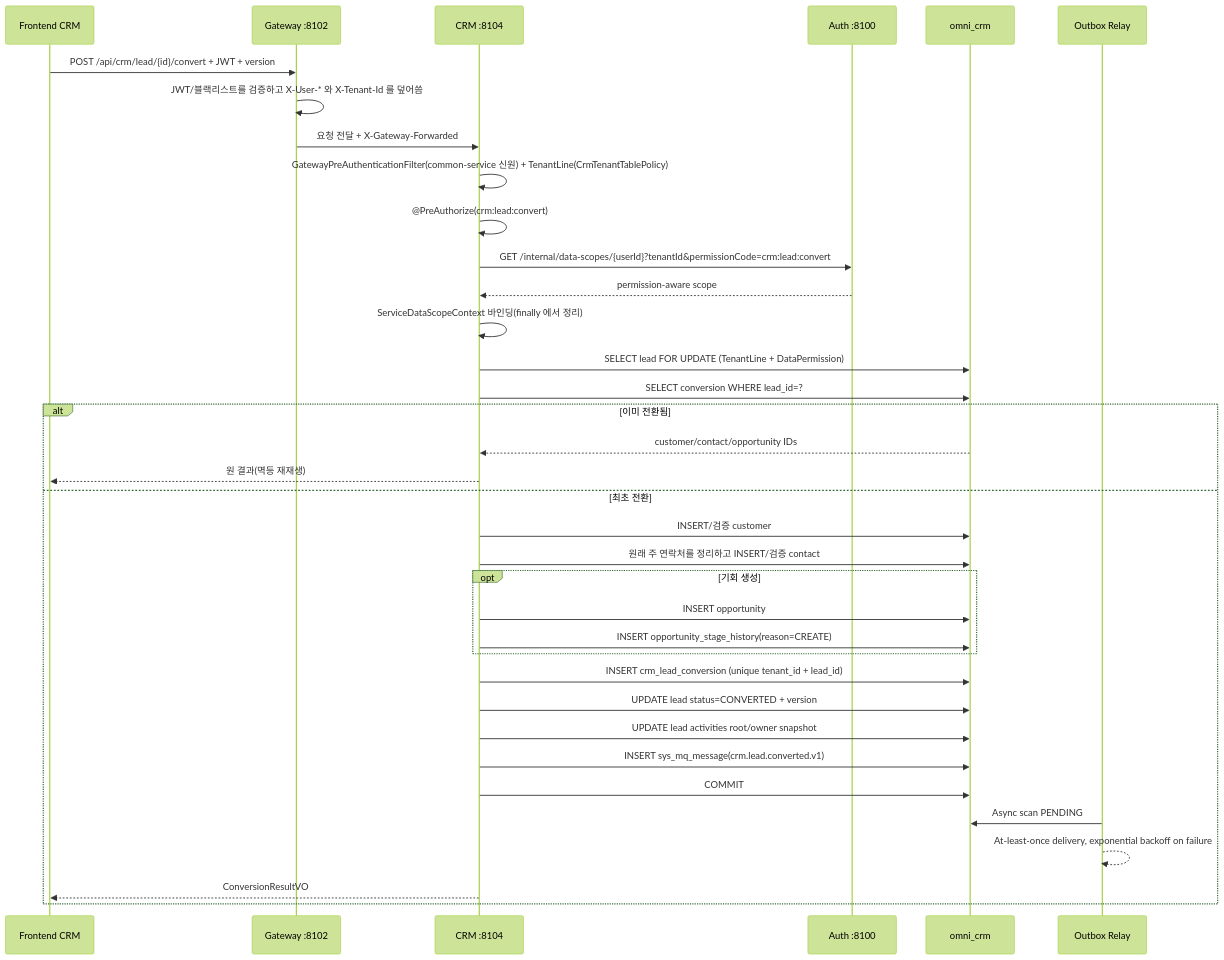
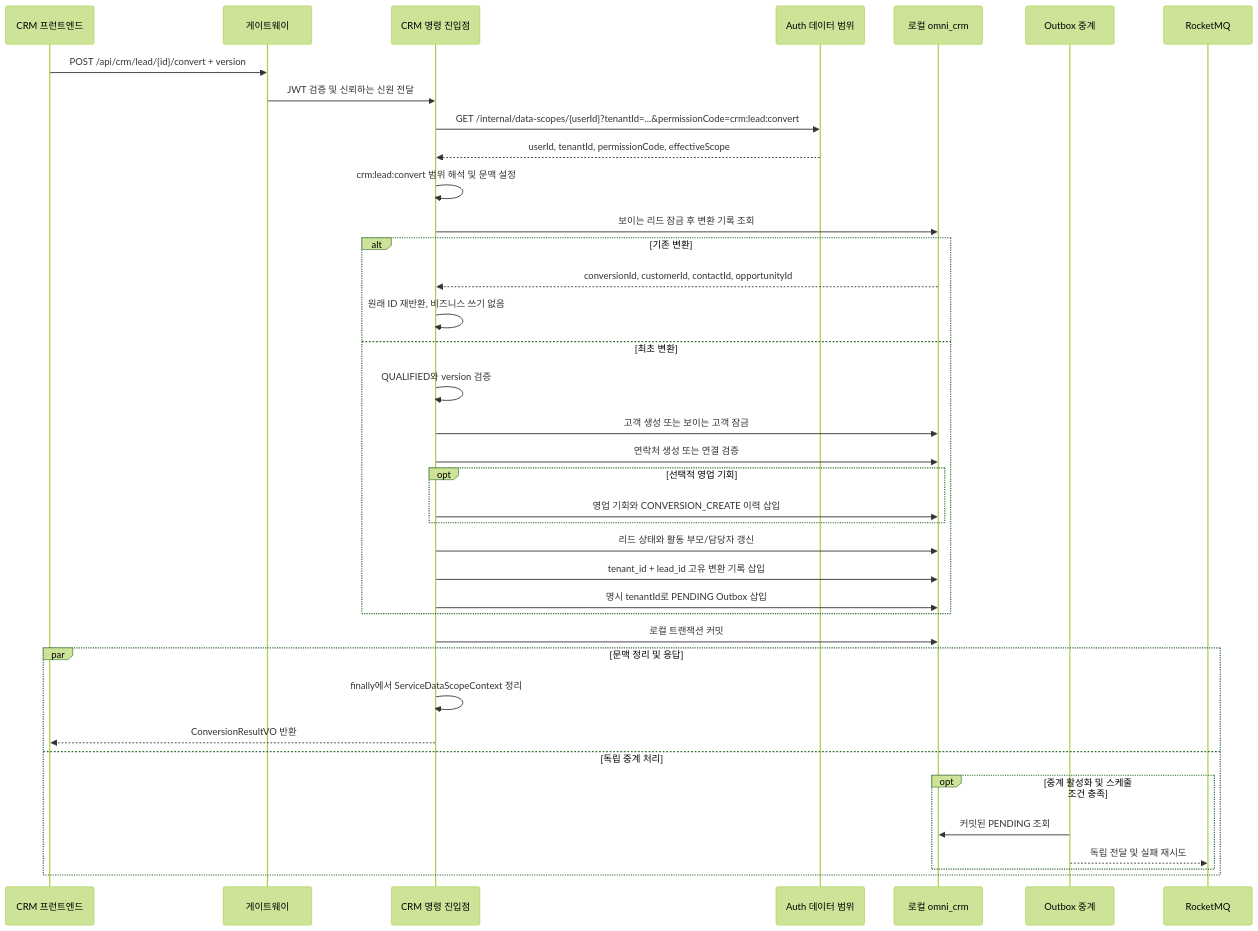
Diagram 14 of 21 in docs/core-flows.kr.md (wang-baohai/Omni-Stack), drawn with Mermaid (forest theme) before and after one commit. The commit also changed other lines of this file and 1095 other files, not shown here.

````diff
--- a/docs/core-flows.kr.md
+++ b/docs/core-flows.kr.md
@@ -1518,39 +1230,40 @@
 ```mermaid
 sequenceDiagram
-    participant F as Frontend CRM
-    participant G as Gateway :8102
-    participant C as CRM :8104
-    participant A as Auth :8100
-    participant DB as omni_crm
-    participant MQ as Outbox Relay
-
-    F->>G: POST /api/crm/lead/{id}/convert + JWT + version
-    G->>G: JWT/블랙리스트를 검증하고 X-User-* 와 X-Tenant-Id 를 덮어씀
-    G->>C: 요청 전달 + X-Gateway-Forwarded
-    C->>C: GatewayPreAuthenticationFilter(common-service 신원) + TenantLine(CrmTenantTablePolicy)
-    C->>C: @PreAuthorize(crm:lead:convert)
-    C->>A: GET /internal/data-scopes/{userId}?tenantId&permissionCode=crm:lead:convert
-    A-->>C: permission-aware scope
-    C->>C: ServiceDataScopeContext 바인딩(finally 에서 정리)
-    C->>DB: SELECT lead FOR UPDATE (TenantLine + DataPermission)
-    C->>DB: SELECT conversion WHERE lead_id=?
-    alt 이미 전환됨
-        DB-->>C: customer/contact/opportunity IDs
-        C-->>F: 원 결과(멱등 재재생)
-    else 최초 전환
-        C->>DB: INSERT/검증 customer
-        C->>DB: 원래 주 연락처를 정리하고 INSERT/검증 contact
-        opt 기회 생성
-            C->>DB: INSERT opportunity
-            C->>DB: INSERT opportunity_stage_history(reason=CREATE)
+    participant F as CRM 프런트엔드
+    participant G as 게이트웨이
+    participant C as CRM 명령 진입점
+    participant A as Auth 데이터 범위
+    participant D as 로컬 omni_crm
+    participant R as Outbox 중계
+    participant Q as RocketMQ
+    F->>G: POST /api/crm/lead/{id}/convert + version
+    G->>C: JWT 검증 및 신뢰하는 신원 전달
+    C->>A: GET /internal/data-scopes/{userId}?tenantId=...&permissionCode=crm:lead:convert
+    A-->>C: userId, tenantId, permissionCode, effectiveScope
+    C->>C: crm:lead:convert 범위 해석 및 문맥 설정
+    C->>D: 보이는 리드 잠금 후 변환 기록 조회
+    alt 기존 변환
+        D-->>C: conversionId, customerId, contactId, opportunityId
+        C->>C: 원래 ID 재반환, 비즈니스 쓰기 없음
+    else 최초 변환
+        C->>C: QUALIFIED와 version 검증
+        C->>D: 고객 생성 또는 보이는 고객 잠금
+        C->>D: 연락처 생성 또는 연결 검증
+        opt 선택적 영업 기회
+            C->>D: 영업 기회와 CONVERSION_CREATE 이력 삽입
         end
-        C->>DB: INSERT crm_lead_conversion (unique tenant_id + lead_id)
-        C->>DB: UPDATE lead status=CONVERTED + version
-        C->>DB: UPDATE lead activities root/owner snapshot
-        C->>DB: INSERT sys_mq_message(crm.lead.converted.v1)
-        C->>DB: COMMIT
-        MQ->>DB: Async scan PENDING
-        MQ-->>MQ: At-least-once delivery, exponential backoff on failure
-        C-->>F: ConversionResultVO
+        C->>D: 리드 상태와 활동 부모/담당자 갱신
+        C->>D: tenant_id + lead_id 고유 변환 기록 삽입
+        C->>D: 명시 tenantId로 PENDING Outbox 삽입
+    end
+    C->>D: 로컬 트랜잭션 커밋
+    par 문맥 정리 및 응답
+        C->>C: finally에서 ServiceDataScopeContext 정리
+        C-->>F: ConversionResultVO 반환
+    and 독립 중계 처리
+        opt 중계 활성화 및 스케줄 조건 충족
+            R->>D: 커밋된 PENDING 조회
+            R-->>Q: 독립 전달 및 실패 재시도
+        end
     end
 ```
````
